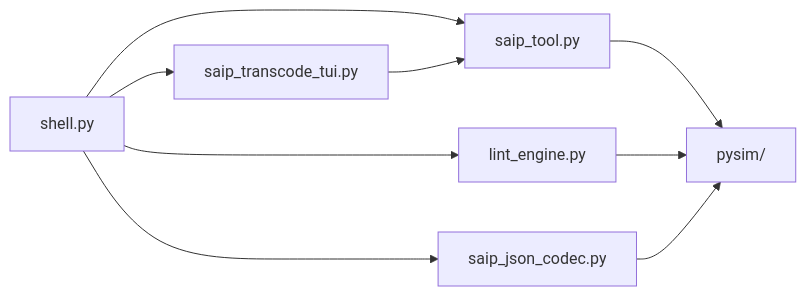
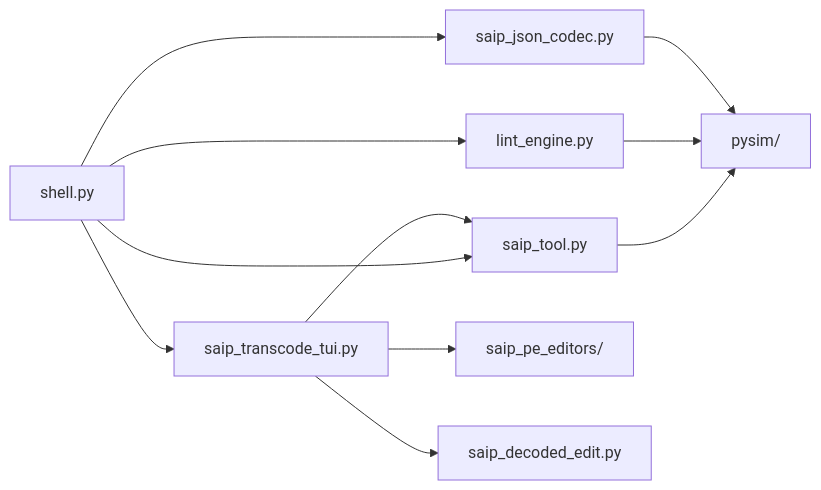
One commit to 1oT/YggdraSIM changed diagram 12 of 12 in guides/ARCHITECTURE.md. Above: the diagram before and after it, drawn with Mermaid. The commit also changed other lines of this file and 270 other files, not shown here.

````diff
--- a/guides/ARCHITECTURE.md
+++ b/guides/ARCHITECTURE.md
@@ -381,11 +588,13 @@
 ```mermaid
 flowchart LR
     Shell["shell.py"] --> Bridge["saip_tool.py"]
     Shell --> Lint["lint_engine.py"]
     Shell --> Codec["saip_json_codec.py"]
     Shell --> Tui["saip_transcode_tui.py"]
+    Tui --> PeEditors["saip_pe_editors/"]
+    Tui --> Edit["saip_decoded_edit.py"]
     Bridge --> PySim["pysim/"]
     Lint --> PySim
     Codec --> PySim
     Tui --> Bridge
 ```
````
